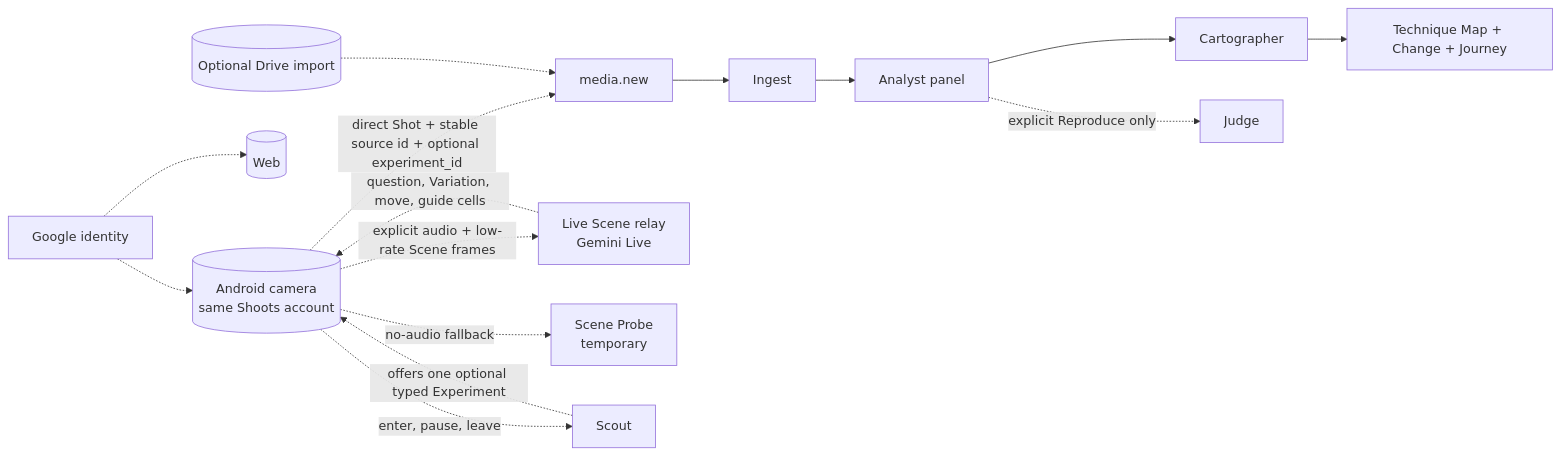
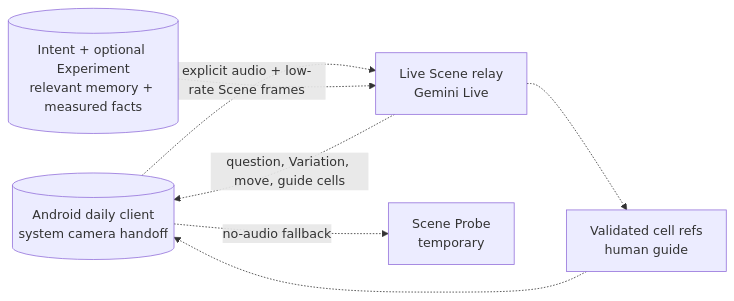
Before and after one commit to fikri2992/shoots: the second of 3 diagrams in docs/agents.md, drawn with Mermaid. The commit also changed other lines of this file and 4 other files, not shown here.

````diff
--- a/docs/agents.md
+++ b/docs/agents.md
@@ -79,17 +87,9 @@
 ```mermaid
 flowchart LR
-  ID[Google identity] -.-> CAM[(Android camera<br/>same Shoots account)]
-  ID -.-> WEB[(Web)]
-  CAM -.->|direct Shot + stable source id + optional experiment_id| NEW[media.new]
-  D[(Optional Drive import)] -.-> NEW
-  CAM -.->|explicit audio + low-rate Scene frames| LIVE[Live Scene relay<br/>Gemini Live]
+  CAM[(Android daily client<br/>system camera handoff)] -.->|explicit audio + low-rate Scene frames| LIVE[Live Scene relay<br/>Gemini Live]
   LIVE -.->|question, Variation, move, guide cells| CAM
   CAM -.->|no-audio fallback| PROBE[Scene Probe<br/>temporary]
-  NEW --> ING[Ingest]
-  ING --> AN[Analyst panel]
-  AN --> CART[Cartographer]
-  AN -.->|explicit Reproduce only| JUD[Judge]
-  CART --> JOURNEY[Technique Map + Change + Journey]
-  SC[Scout] -.->|offers one optional typed Experiment| CAM
-  CAM -.->|enter, pause, leave| SC
+  MEMORY[(Intent + optional Experiment<br/>relevant memory + measured facts)] -.-> LIVE
+  LIVE -.-> GUIDE[Validated cell refs<br/>human guide]
+  GUIDE -.-> CAM
 ```
````
